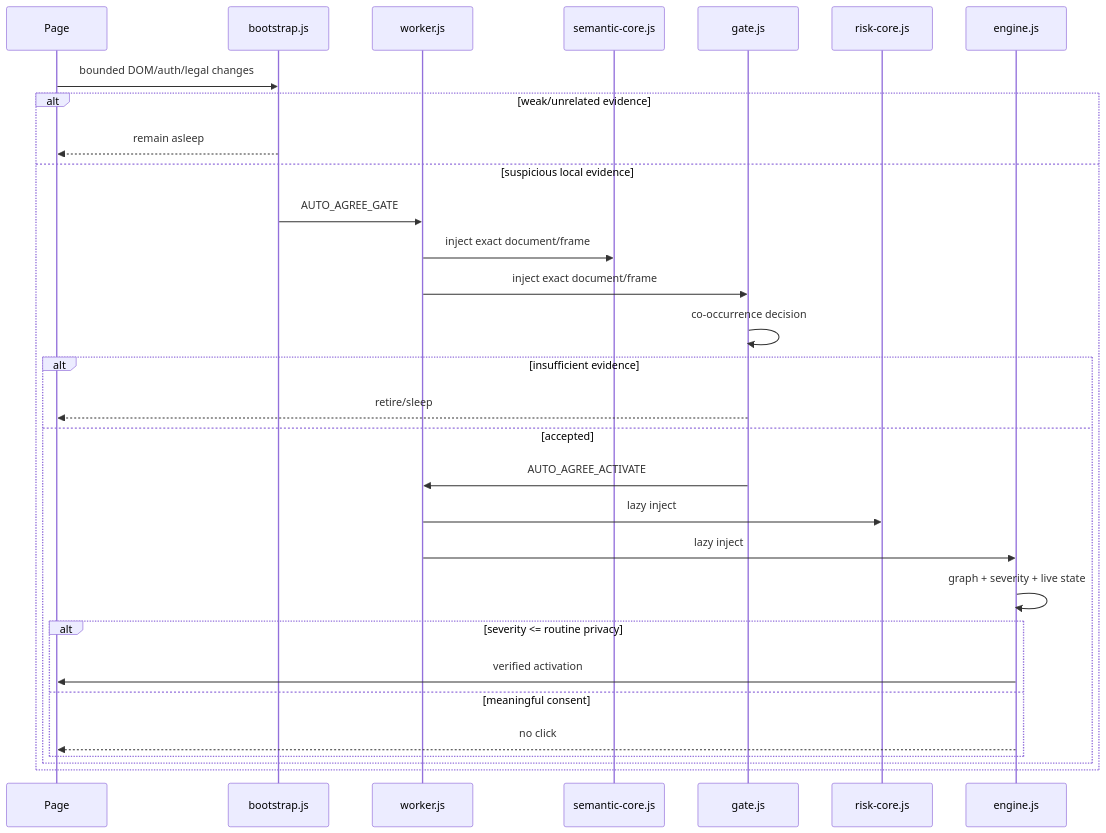
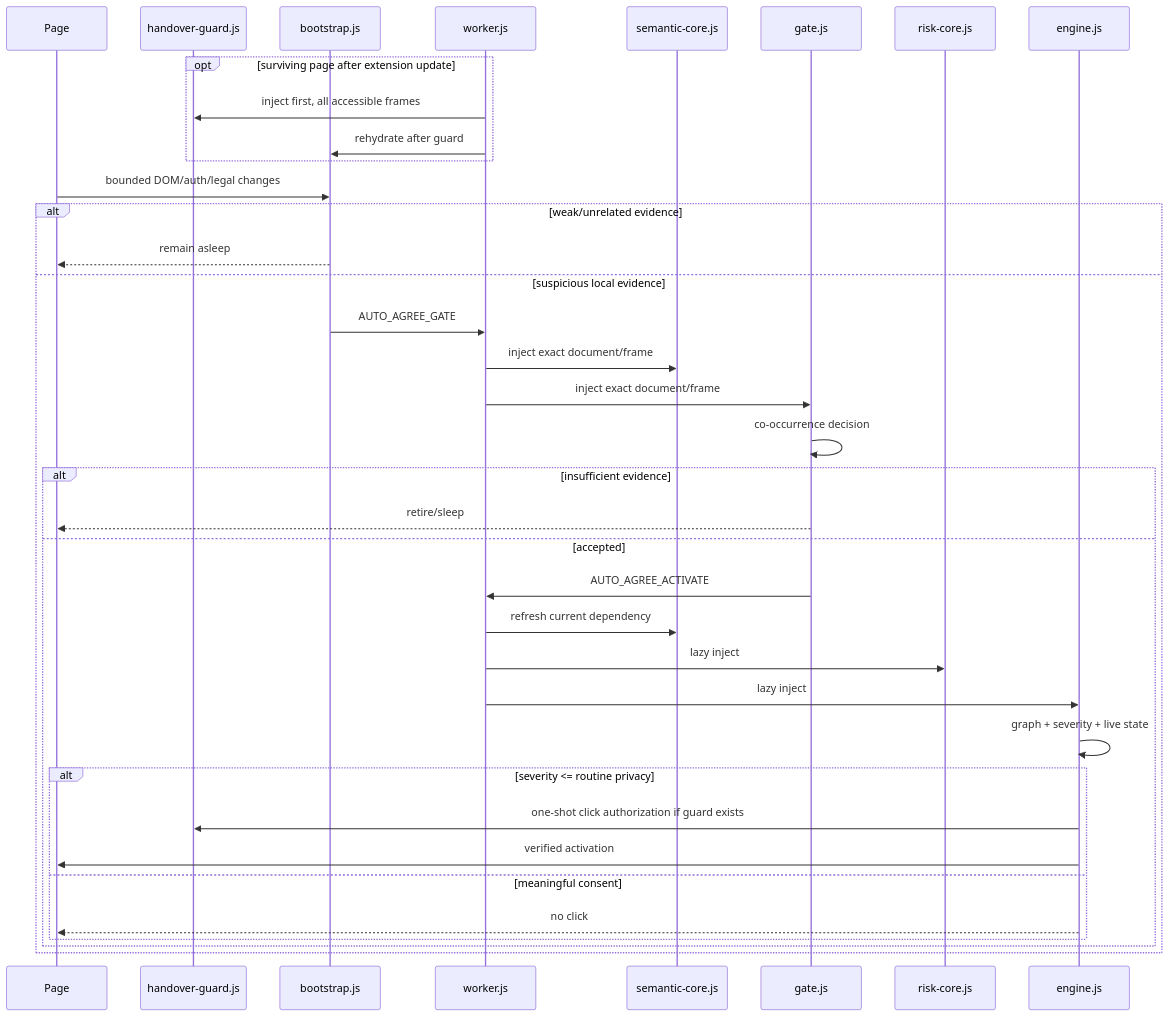
The diagram in docs/architecture.md (QzCrane/auto-agree), drawn with Mermaid before and after one commit. The commit also changed other lines of this file and 29 other files, not shown here.

````diff
--- a/docs/architecture.md
+++ b/docs/architecture.md
@@ -15,33 +15,41 @@
 ```mermaid
 sequenceDiagram
   participant Page
+  participant Guard as handover-guard.js
   participant Probe as bootstrap.js
   participant Worker as worker.js
   participant Core as semantic-core.js
   participant Gate as gate.js
   participant Risk as risk-core.js
   participant Engine as engine.js
+
+  opt surviving page after extension update
+    Worker->>Guard: inject first, all accessible frames
+    Worker->>Probe: rehydrate after guard
+  end
 
   Page->>Probe: bounded DOM/auth/legal changes
   alt weak/unrelated evidence
     Probe-->>Page: remain asleep
   else suspicious local evidence
     Probe->>Worker: AUTO_AGREE_GATE
     Worker->>Core: inject exact document/frame
     Worker->>Gate: inject exact document/frame
     Gate->>Gate: co-occurrence decision
     alt insufficient evidence
       Gate-->>Page: retire/sleep
     else accepted
       Gate->>Worker: AUTO_AGREE_ACTIVATE
+      Worker->>Core: refresh current dependency
       Worker->>Risk: lazy inject
       Worker->>Engine: lazy inject
       Engine->>Engine: graph + severity + live state
       alt severity <= routine privacy
+        Engine->>Guard: one-shot click authorization if guard exists
         Engine->>Page: verified activation
       else meaningful consent
         Engine-->>Page: no click
       end
     end
   end
 ```
````
